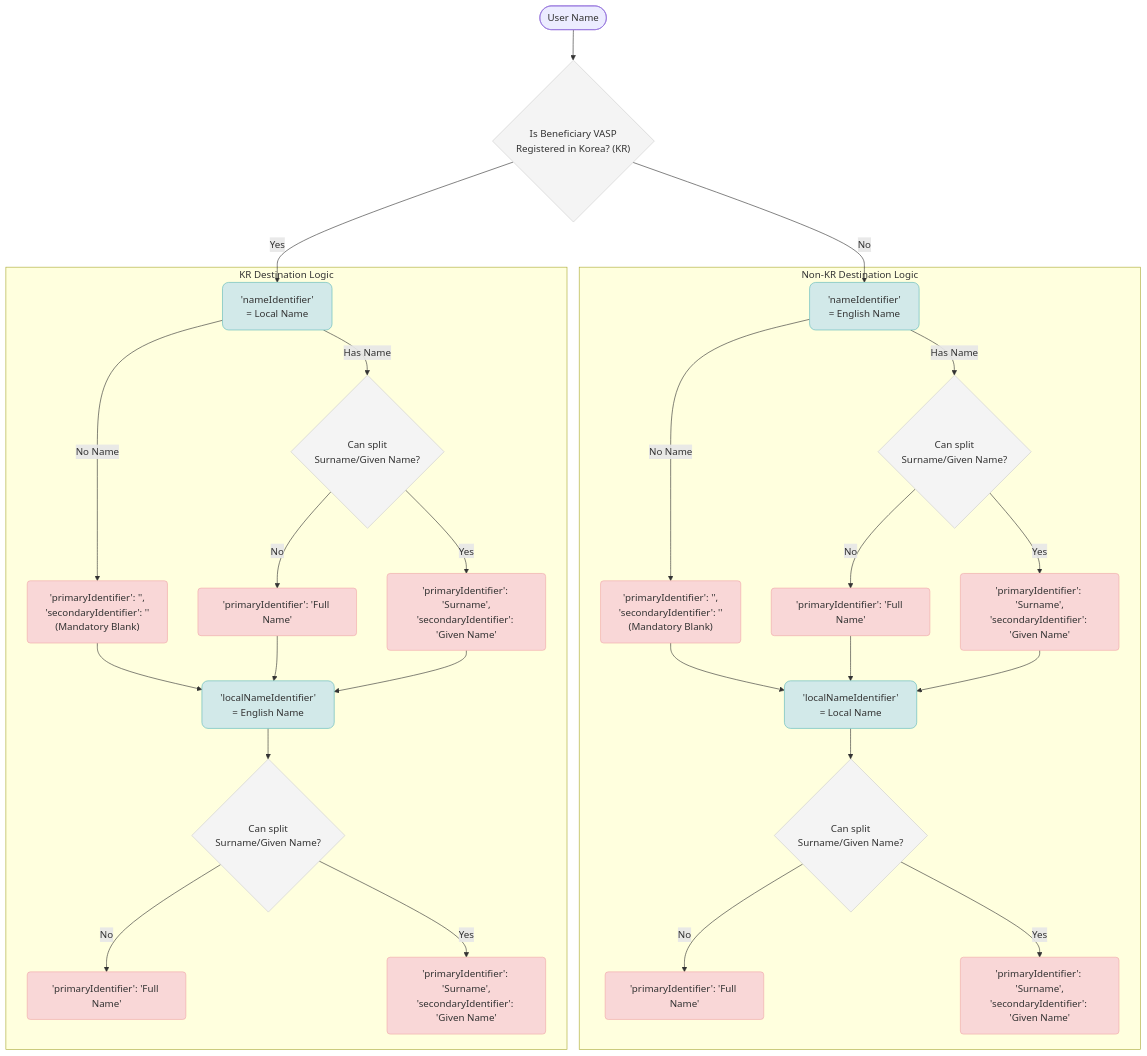
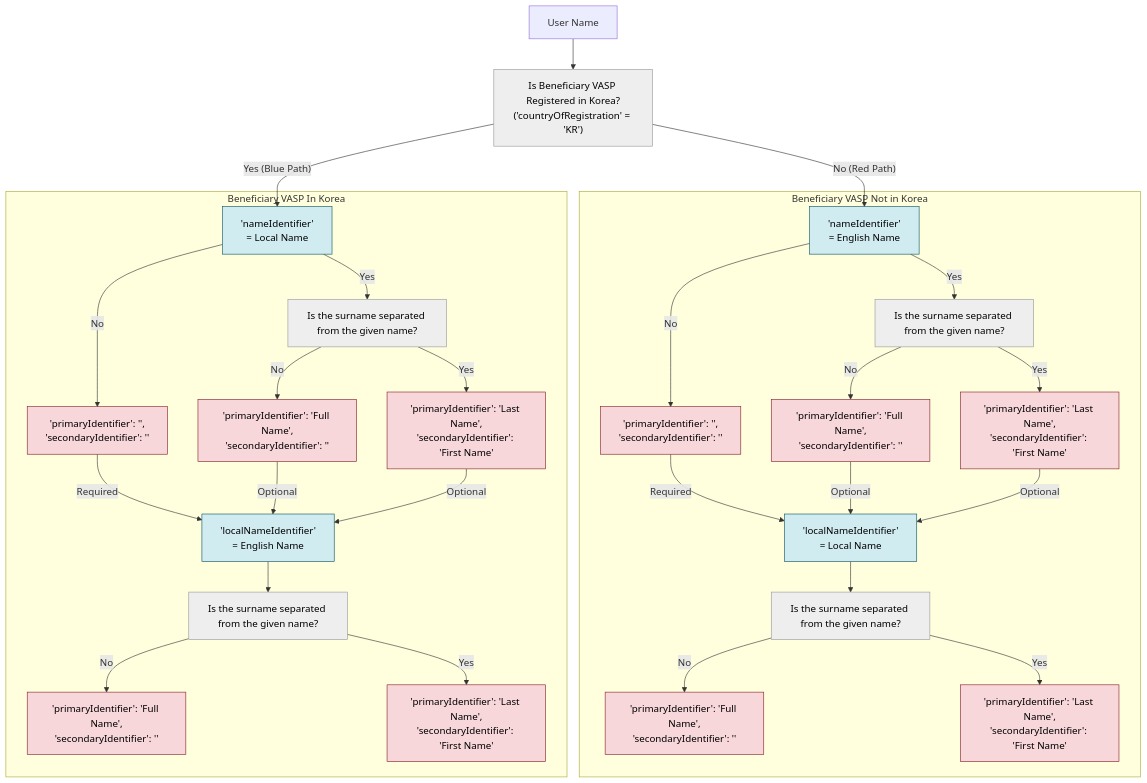
The second of 3 diagrams in skills/codevasp-core/references/guides/2_Development/06 - Verify Names.md (codevasp-lab/codevasp-skill), drawn with Mermaid before and after one commit. The commit also changed other lines of this file and 3 other files, not shown here.

Commit message:
Refactor flowcharts and fix minor formatting inconsistencies across development guides.

````diff
--- a/skills/codevasp-core/references/guides/2_Development/06 - Verify Names.md
+++ b/skills/codevasp-core/references/guides/2_Development/06 - Verify Names.md
@@ -81,51 +81,84 @@
 ```mermaid
-flowchart TD
-    %% Root Decision
-    Start([User Name]) --> D1{"Is Beneficiary VASP<br/>Registered in Korea? (KR)"}
+graph TD
+%% Global Styling
+    classDef Array fill:#d1ecf1,stroke:#0c5460,color:#000;
+    classDef String fill:#f8d7da,stroke:#842029,color:#000;
+    classDef Decision fill:#eeeeee,stroke:#999999,color:#000,border-radius:20px;
 
-    %% NON-KR PATH (Priority: English Name)
-    D1 -- "No" --> N1_NI["'nameIdentifier'<br/>= English Name"]
-    
-    subgraph Non_KR ["Non-KR Destination Logic"]
-        N1_NI -- "No Name" --> N1_NI_Req["'primaryIdentifier': '',<br/>'secondaryIdentifier': ''<br/>(Mandatory Blank)"]
-        N1_NI_Req --> N1_LNI["'localNameIdentifier'<br/>= Local Name"]
-        
-        N1_NI -- "Has Name" --> D2{"Can split<br/>Surname/Given Name?"}
-        D2 -- "No" --> N1_NI_Full["'primaryIdentifier': 'Full Name'"]
-        D2 -- "Yes" --> N1_NI_Sep["'primaryIdentifier': 'Surname',<br/>'secondaryIdentifier': 'Given Name'"]
-        
-        N1_NI_Full & N1_NI_Sep --> N1_LNI
-        
-        N1_LNI --> D3{"Can split<br/>Surname/Given Name?"}
-        D3 -- "No" --> N1_LNI_Full["'primaryIdentifier': 'Full Name'"]
-        D3 -- "Yes" --> N1_LNI_Sep["'primaryIdentifier': 'Surname',<br/>'secondaryIdentifier': 'Given Name'"]
+    Root["User Name"]
+    MainDecision["Is Beneficiary VASP Registered in Korea?<br/>('countryOfRegistration' = 'KR')"]
+
+    Root --> MainDecision
+
+%% Left Branch: Not Registered in Korea (No)
+    subgraph Not_In_Korea [Beneficiary VASP Not in Korea]
+        L_NameId["'nameIdentifier'<br/>= English Name"]
+
+        L_Req["'primaryIdentifier': '',<br/>'secondaryIdentifier': ''"]
+
+        L_Dec1["Is the surname separated from the given name?"]
+        L_Opt1_No["'primaryIdentifier': 'Full Name',<br/>'secondaryIdentifier': ''"]
+        L_Opt1_Yes["'primaryIdentifier': 'Last Name',<br/>'secondaryIdentifier': 'First Name'"]
+
+        L_LocalId["'localNameIdentifier'<br/>= Local Name"]
+
+        L_Dec2["Is the surname separated from the given name?"]
+        L_Opt2_No["'primaryIdentifier': 'Full Name',<br/>'secondaryIdentifier': ''"]
+        L_Opt2_Yes["'primaryIdentifier': 'Last Name',<br/>'secondaryIdentifier': 'First Name'"]
     end
 
-    %% KR PATH (Priority: Local Name)
-    D1 -- "Yes" --> N2_NI["'nameIdentifier'<br/>= Local Name"]
+%% Right Branch: Registered in Korea (Yes)
+    subgraph In_Korea [Beneficiary VASP In Korea]
+        R_NameId["'nameIdentifier'<br/>= Local Name"]
 
-    subgraph KR_Destination ["KR Destination Logic"]
-        N2_NI -- "No Name" --> N2_NI_Req["'primaryIdentifier': '',<br/>'secondaryIdentifier': ''<br/>(Mandatory Blank)"]
-        N2_NI_Req --> N2_LNI["'localNameIdentifier'<br/>= English Name"]
-        
-        N2_NI -- "Has Name" --> D4{"Can split<br/>Surname/Given Name?"}
-        D4 -- "No" --> N2_NI_Full["'primaryIdentifier': 'Full Name'"]
-        D4 -- "Yes" --> N2_NI_Sep["'primaryIdentifier': 'Surname',<br/>'secondaryIdentifier': 'Given Name'"]
-        
-        N2_NI_Full & N2_NI_Sep --> N2_LNI
-        
-        N2_LNI --> D5{"Can split<br/>Surname/Given Name?"}
-        D5 -- "No" --> N2_LNI_Full["'primaryIdentifier': 'Full Name'"]
-        D5 -- "Yes" --> N2_LNI_Sep["'primaryIdentifier': 'Surname',<br/>'secondaryIdentifier': 'Given Name'"]
+        R_Req["'primaryIdentifier': '',<br/>'secondaryIdentifier': ''"]
+
+        R_Dec1["Is the surname separated from the given name?"]
+        R_Opt1_No["'primaryIdentifier': 'Full Name',<br/>'secondaryIdentifier': ''"]
+        R_Opt1_Yes["'primaryIdentifier': 'Last Name',<br/>'secondaryIdentifier': 'First Name'"]
+
+        R_LocalId["'localNameIdentifier'<br/>= English Name"]
+
+        R_Dec2["Is the surname separated from the given name?"]
+        R_Opt2_No["'primaryIdentifier': 'Full Name',<br/>'secondaryIdentifier': ''"]
+        R_Opt2_Yes["'primaryIdentifier': 'Last Name',<br/>'secondaryIdentifier': 'First Name'"]
     end
 
-    %% Styling Definitions (Safe Classing)
-    classDef array fill:#d2e9e9,stroke:#5fb8b8,rx:10,ry:10
-    classDef str fill:#f9d7d7,stroke:#f0a8a8,rx:5,ry:5
-    classDef decision fill:#f4f4f4,stroke:#ccc
-    
-    class N1_NI,N1_LNI,N2_NI,N2_LNI array
-    class N1_NI_Req,N1_NI_Full,N1_NI_Sep,N1_LNI_Full,N1_LNI_Sep str
-    class N2_NI_Req,N2_NI_Full,N2_NI_Sep,N2_LNI_Full,N2_LNI_Sep str
-    class D1,D2,D3,D4,D5 decision
+%% Flow Connections
+    MainDecision -- "No (Red Path)" --> L_NameId
+    MainDecision -- "Yes (Blue Path)" --> R_NameId
+
+%% Not In Korea Flow
+    L_NameId -- "No" --> L_Req
+    L_NameId -- "Yes" --> L_Dec1
+    L_Dec1 -- "No" --> L_Opt1_No
+    L_Dec1 -- "Yes" --> L_Opt1_Yes
+
+    L_Req -- "Required" --> L_LocalId
+    L_Opt1_No -- "Optional" --> L_LocalId
+    L_Opt1_Yes -- "Optional" --> L_LocalId
+
+    L_LocalId --> L_Dec2
+    L_Dec2 -- "No" --> L_Opt2_No
+    L_Dec2 -- "Yes" --> L_Opt2_Yes
+
+%% In Korea Flow
+    R_NameId -- "No" --> R_Req
+    R_NameId -- "Yes" --> R_Dec1
+    R_Dec1 -- "No" --> R_Opt1_No
+    R_Dec1 -- "Yes" --> R_Opt1_Yes
+
+    R_Req -- "Required" --> R_LocalId
+    R_Opt1_No -- "Optional" --> R_LocalId
+    R_Opt1_Yes -- "Optional" --> R_LocalId
+
+    R_LocalId --> R_Dec2
+    R_Dec2 -- "No" --> R_Opt2_No
+    R_Dec2 -- "Yes" --> R_Opt2_Yes
+
+%% Applying Classes
+    class L_NameId,L_LocalId,R_NameId,R_LocalId Array;
+    class L_Req,L_Opt1_No,L_Opt1_Yes,L_Opt2_No,L_Opt2_Yes String;
+    class R_Req,R_Opt1_No,R_Opt1_Yes,R_Opt2_No,R_Opt2_Yes String;
+    class MainDecision,L_Dec1,L_Dec2,R_Dec1,R_Dec2 Decision;
 ```
````
